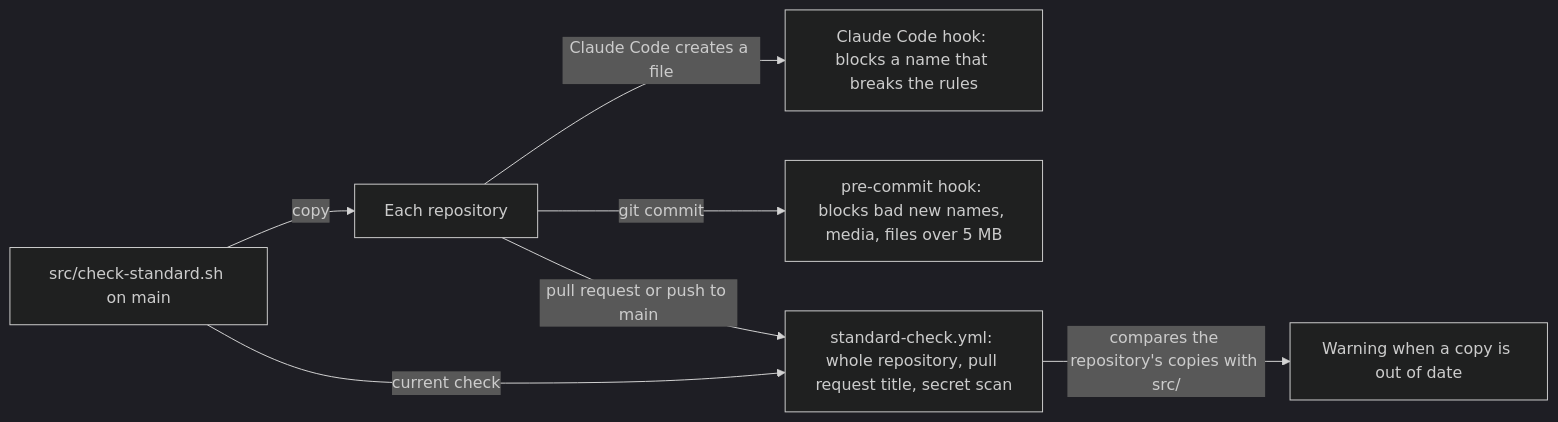
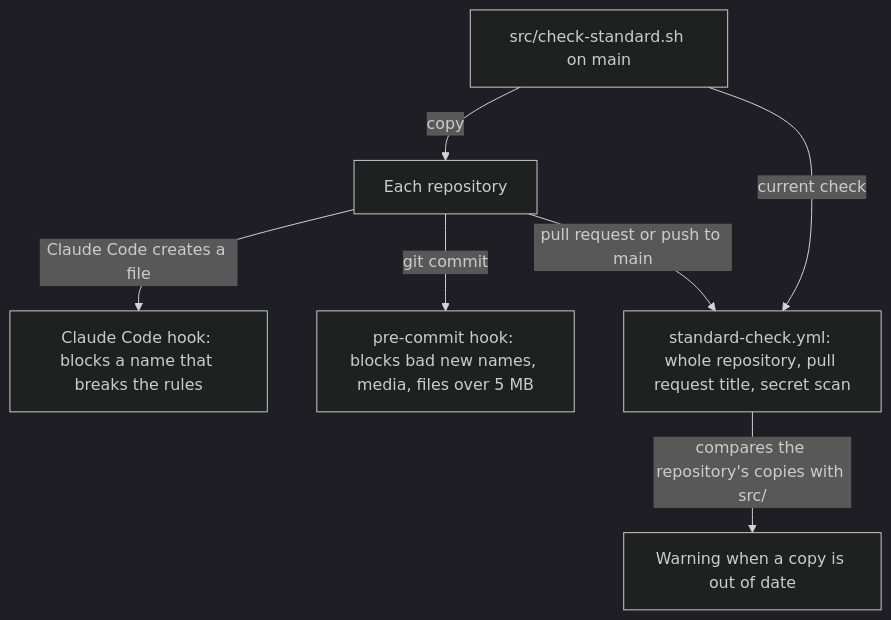
One commit to BuildexLabsAI/.github changed the diagram in README.md. Above: the diagram before and after it, drawn with Mermaid (dark theme).

Commit message:
docs: draw the check diagram top-down so GitHub shows all of it

````diff
--- a/README.md
+++ b/README.md
@@ -18,9 +18,9 @@
 ```mermaid
-flowchart LR
+flowchart TD
     S[src/check-standard.sh on main] -- copy --> R[Each repository]
     R -- Claude Code creates a file --> H[Claude Code hook: blocks a name that breaks the rules]
     R -- git commit --> P[pre-commit hook: blocks bad new names, media, files over 5 MB]
     R -- pull request or push to main --> C[standard-check.yml: whole repository, pull request title, secret scan]
     S -- current check --> C
     C -- compares the repository's copies with src/ --> W[Warning when a copy is out of date]
 ```
````
